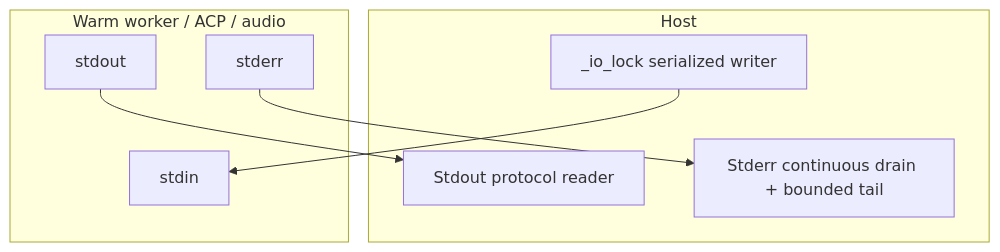
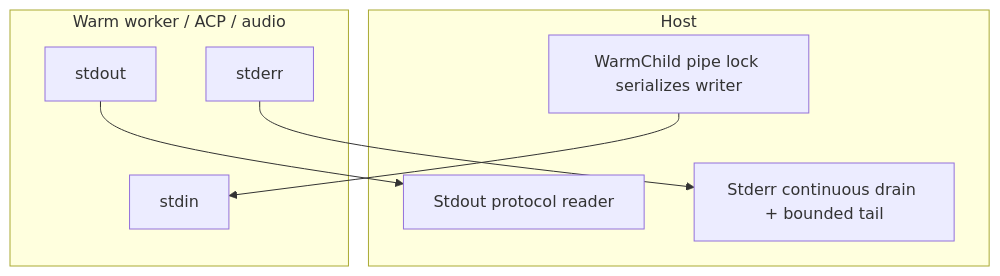
The third of 3 diagrams in docs/framework/threading.md (KeithCu/writeragent), drawn with Mermaid before and after one commit. The commit also changed other lines of this file and 7 other files, not shown here.

Commit message:
scripting: pipe-lock doc names and lease-refusal why comments

````diff
--- a/docs/framework/threading.md
+++ b/docs/framework/threading.md
@@ -242,16 +242,16 @@
 ```mermaid
 flowchart TD
     subgraph Parent [Host]
-        Lock[_io_lock serialized writer]
+        Lock[WarmChild pipe lock serializes writer]
         Out[Stdout protocol reader]
         Err[Stderr continuous drain + bounded tail]
     end
     subgraph Child [Warm worker / ACP / audio]
         In[stdin]
         Sout[stdout]
         Serr[stderr]
     end
     Lock --> In
     Sout --> Out
     Serr --> Err
 ```
````
